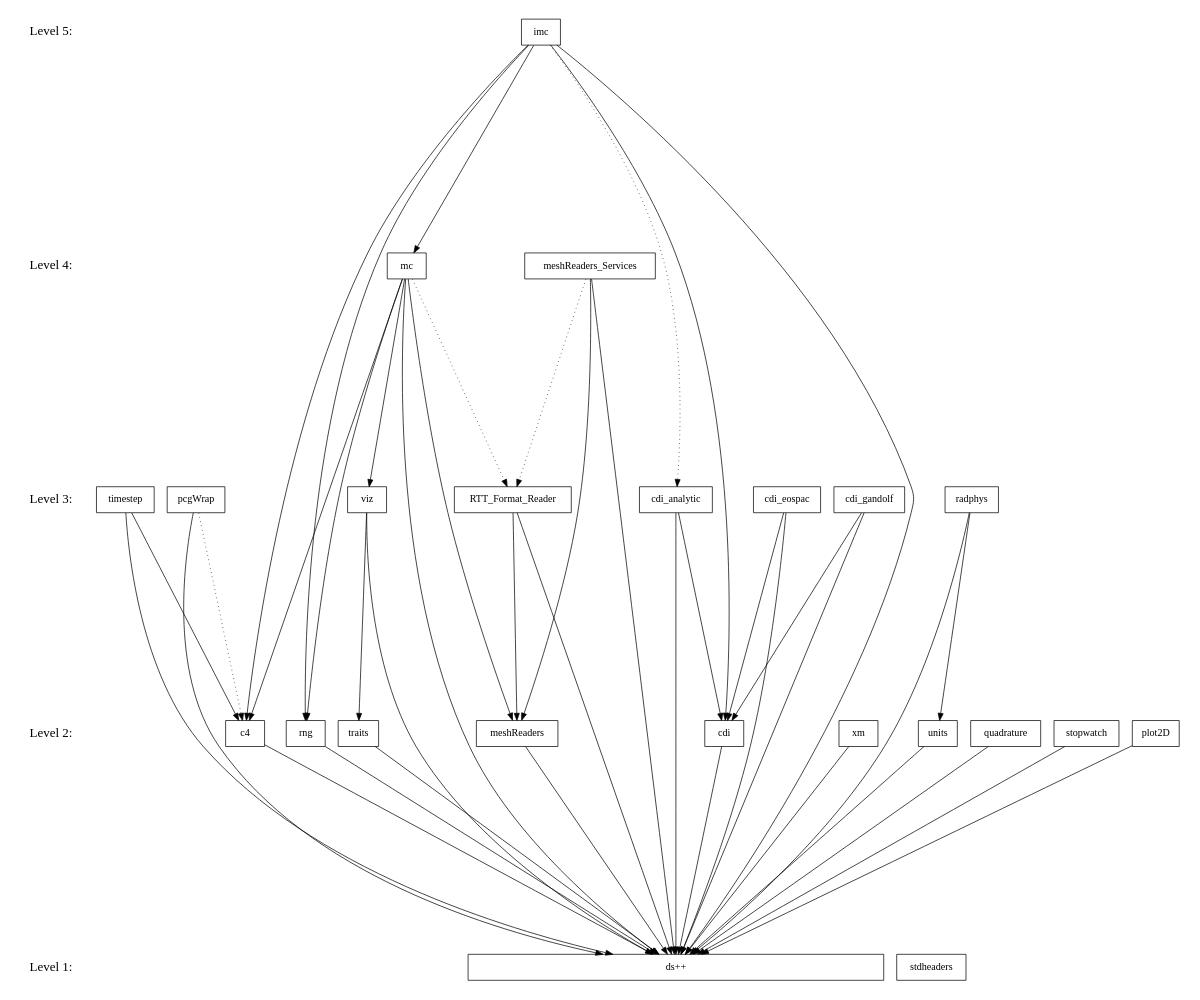
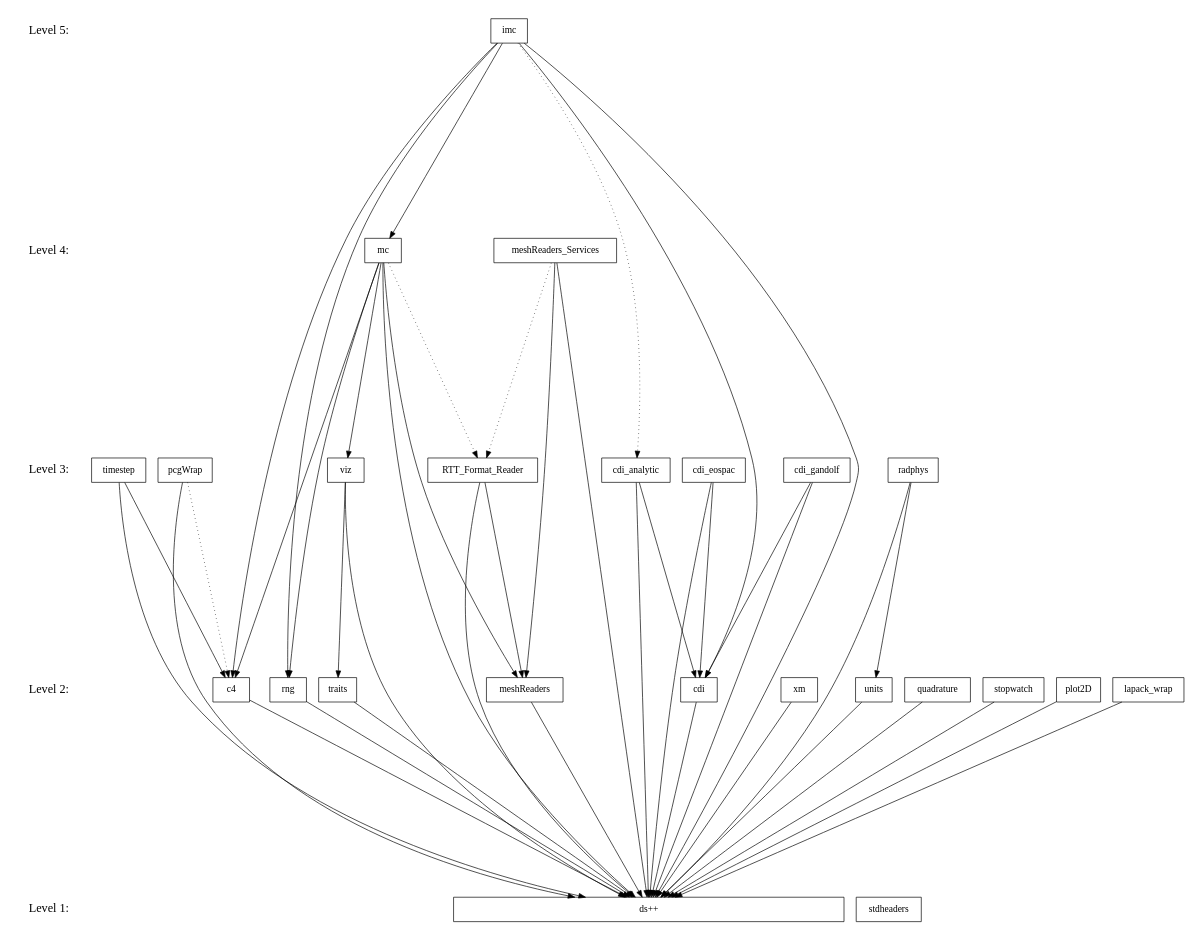
One commit to losalamos/Draco changed the diagram in doc/design/level.dot. Above: the diagram before and after it, drawn with Graphviz. The commit also changed 1 other file, not shown here.

Commit message:
Updated draco levelization diagram.

```diff
--- a/doc/design/level.dot
+++ b/doc/design/level.dot
@@ -1,92 +1,94 @@
 digraph draco_level {
     /* graph attributes */
     center=1;
     size="7.5,10";
     ranksep=4;
     
     /* levels */
     level1 [shape=plaintext, label="Level 1:", fontsize=18];
     level2 [shape=plaintext, label="Level 2:", fontsize=18];
     level3 [shape=plaintext, label="Level 3:", fontsize=18];
     level4 [shape=plaintext, label="Level 4:", fontsize=18];
     level5 [shape=plaintext, label="Level 5:", fontsize=18];
     
     level5 -> level4 -> level3 -> level2 -> level1 [style=invis];
     
     /* packages */
     
     /* level 1 */
     dsxx [shape=box, label="ds++", width=8];
     stdheaders [shape=box, label="stdheaders"];
     
     /* level 2 */
     traits [shape=box, label="traits"];
     xm [shape=box, label="xm"];
     c4 [shape=box, label="c4"];
     rng [shape=box, label="rng"];
     units [shape=box, label="units"];
     cdi [shape=box, label="cdi"];
     quad [shape=box, label="quadrature"];
     meshread [shape=box, label="meshReaders"];
     stop [shape=box, label="stopwatch"]; 
     plot [shape=box, label="plot2D"];
+    lapack [shape=box, label="lapack_wrap"];
     
     /* level 3 */
     viz [shape=box, label="viz"];
     radphys [shape=box, label="radphys"];
     timestep [shape=box, label="timestep"];
     cdianal [shape=box, label="cdi_analytic"];
     cdieos [shape=box, label="cdi_eospac"];
     cdigan [shape=box, label="cdi_gandolf"];
     pcg [shape=box, label="pcgWrap"];
     rttread [shape=box, label="RTT_Format_Reader"];
     
     /* level 4 */
     mc [shape=box, label="mc"];
     meshservice [shape=box, label="meshReaders_Services"];
 
     /* level 5 */
     imc [shape=box, label="imc"];
     
     /* dependencies */
     {rank=same; level1 stdheaders dsxx};
-    {rank=same; level2 plot stop traits xm c4 rng units meshread cdi quad};
+    {rank=same; level2 plot lapack stop traits xm c4 rng units meshread cdi quad};
     {rank=same; level3 rttread viz radphys timestep cdianal cdieos cdigan pcg};
     {rank=same; level4 mc meshservice};
     {rank=same; level5 imc};
     
     /* draco packages */
     
     /* level 2 */
     xm          -> {dsxx};
     units       -> {dsxx};
     traits      -> {dsxx};
     c4          -> {dsxx};
     rng         -> {dsxx};
     cdi         -> {dsxx};
     meshread    -> {dsxx};
     quad        -> {dsxx};
     stop        -> {dsxx};
     plot        -> {dsxx};
+    lapack      -> {dsxx};
     
     /* level 3 */
     viz         -> {traits dsxx};
     timestep    -> {c4 dsxx};
     radphys     -> {units dsxx};
     pcg         -> {dsxx};
     pcg         -> {c4} [style=dotted];
     cdianal     -> {cdi dsxx};
     cdieos      -> {cdi dsxx};
     cdigan      -> {cdi dsxx};
     rttread     -> {meshread dsxx};
 
     /* level 4 */
     mc          -> {viz meshread rng c4 dsxx};
     mc          -> {rttread} [style=dotted];
     meshservice -> {meshread dsxx};
     meshservice -> {rttread} [style=dotted];
 
     /* level 5 */
     imc         -> {mc cdi rng c4 dsxx};
     imc         -> {cdianal} [style=dotted];
 }
```
